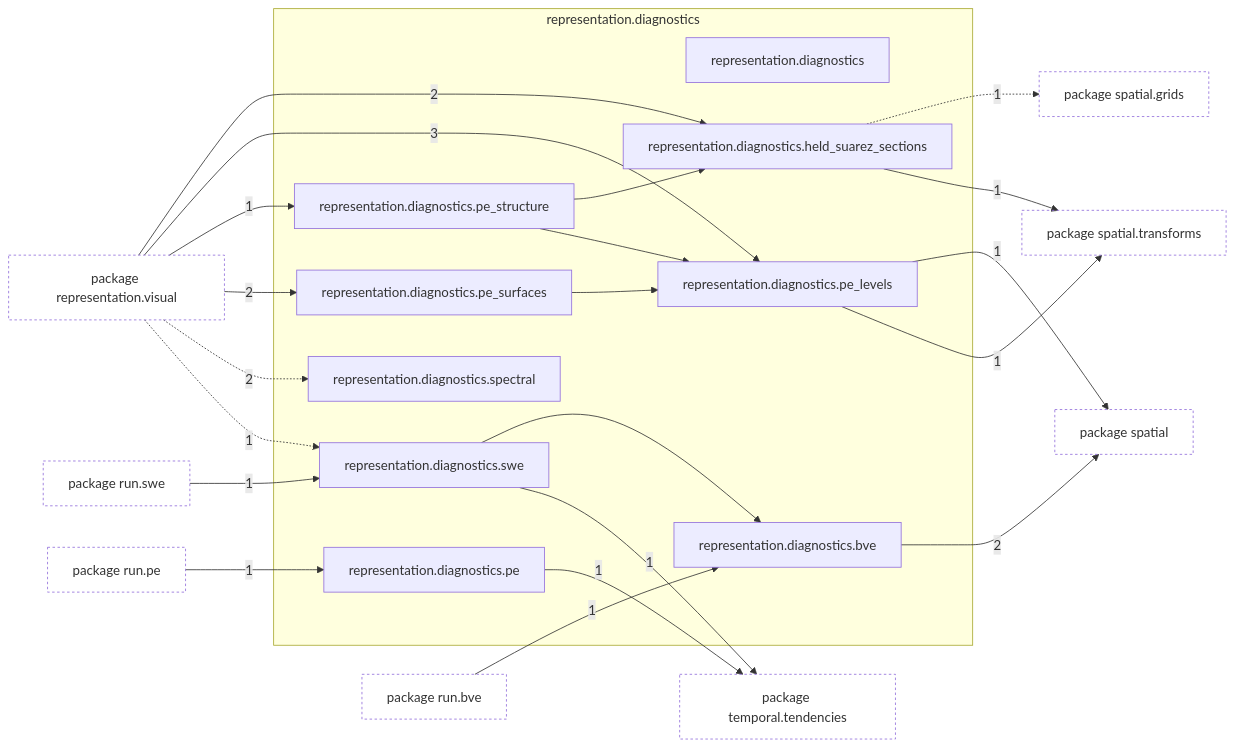
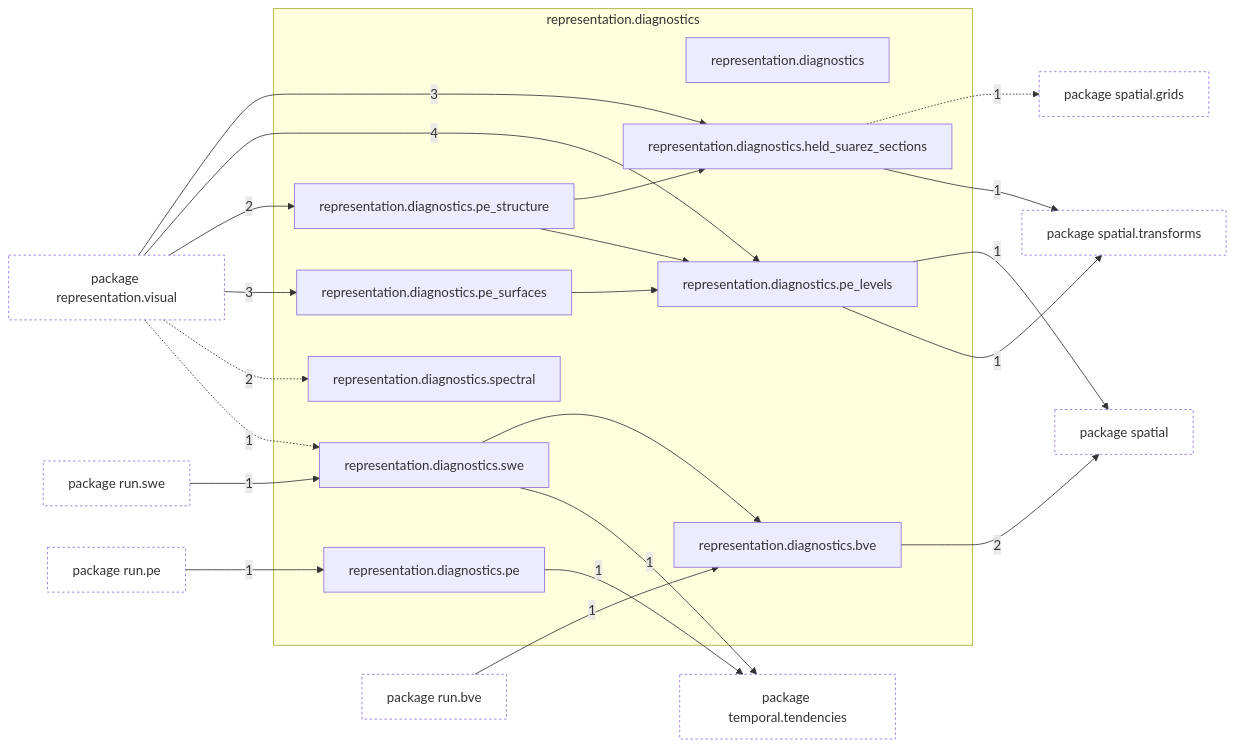
The first of 2 diagrams in docs/architecture/current/packages/tropoi.representation.diagnostics.md (AlexandreEros/Palintropos), drawn with Mermaid before and after one commit. The commit also changed 18 other files, not shown here.

First line of the commit message:
Regenerate the architecture snapshot for the four-coordinate engine

````diff
--- a/docs/architecture/current/packages/tropoi.representation.diagnostics.md
+++ b/docs/architecture/current/packages/tropoi.representation.diagnostics.md
@@ -27,53 +27,53 @@
 ```mermaid
 %% Generated by tools.architecture 2.3.0. Do not edit by hand.
 %% Modules of tropoi.representation.diagnostics with imports in and out
 flowchart LR
     subgraph g_tropoi_orepresentation_odiagnostics["representation.diagnostics"]
         n_tropoi_orepresentation_odiagnostics["representation.diagnostics"]
         n_tropoi_orepresentation_odiagnostics_obve["representation.diagnostics.bve"]
         n_tropoi_orepresentation_odiagnostics_oheld__suarez__sections["representation.diagnostics.held#95;suarez#95;sections"]
         n_tropoi_orepresentation_odiagnostics_ope["representation.diagnostics.pe"]
         n_tropoi_orepresentation_odiagnostics_ope__levels["representation.diagnostics.pe#95;levels"]
         n_tropoi_orepresentation_odiagnostics_ope__structure["representation.diagnostics.pe#95;structure"]
         n_tropoi_orepresentation_odiagnostics_ope__surfaces["representation.diagnostics.pe#95;surfaces"]
         n_tropoi_orepresentation_odiagnostics_ospectral["representation.diagnostics.spectral"]
         n_tropoi_orepresentation_odiagnostics_oswe["representation.diagnostics.swe"]
     end
     p_tropoi_orepresentation_ovisual["package representation.visual"]
     p_tropoi_orun_obve["package run.bve"]
     p_tropoi_orun_ope["package run.pe"]
     p_tropoi_orun_oswe["package run.swe"]
     p_tropoi_ospatial["package spatial"]
     p_tropoi_ospatial_ogrids["package spatial.grids"]
     p_tropoi_ospatial_otransforms["package spatial.transforms"]
     p_tropoi_otemporal_otendencies["package temporal.tendencies"]
     n_tropoi_orepresentation_odiagnostics_ope__structure --> n_tropoi_orepresentation_odiagnostics_oheld__suarez__sections
     n_tropoi_orepresentation_odiagnostics_ope__structure --> n_tropoi_orepresentation_odiagnostics_ope__levels
     n_tropoi_orepresentation_odiagnostics_ope__surfaces --> n_tropoi_orepresentation_odiagnostics_ope__levels
     n_tropoi_orepresentation_odiagnostics_oswe --> n_tropoi_orepresentation_odiagnostics_obve
-    p_tropoi_orepresentation_ovisual -->|2| n_tropoi_orepresentation_odiagnostics_oheld__suarez__sections
-    p_tropoi_orepresentation_ovisual -->|3| n_tropoi_orepresentation_odiagnostics_ope__levels
-    p_tropoi_orepresentation_ovisual -->|1| n_tropoi_orepresentation_odiagnostics_ope__structure
-    p_tropoi_orepresentation_ovisual -->|2| n_tropoi_orepresentation_odiagnostics_ope__surfaces
+    p_tropoi_orepresentation_ovisual -->|3| n_tropoi_orepresentation_odiagnostics_oheld__suarez__sections
+    p_tropoi_orepresentation_ovisual -->|4| n_tropoi_orepresentation_odiagnostics_ope__levels
+    p_tropoi_orepresentation_ovisual -->|2| n_tropoi_orepresentation_odiagnostics_ope__structure
+    p_tropoi_orepresentation_ovisual -->|3| n_tropoi_orepresentation_odiagnostics_ope__surfaces
     p_tropoi_orepresentation_ovisual -.->|2| n_tropoi_orepresentation_odiagnostics_ospectral
     p_tropoi_orepresentation_ovisual -.->|1| n_tropoi_orepresentation_odiagnostics_oswe
     p_tropoi_orun_obve -->|1| n_tropoi_orepresentation_odiagnostics_obve
     p_tropoi_orun_ope -->|1| n_tropoi_orepresentation_odiagnostics_ope
     p_tropoi_orun_oswe -->|1| n_tropoi_orepresentation_odiagnostics_oswe
     n_tropoi_orepresentation_odiagnostics_obve -->|2| p_tropoi_ospatial
     n_tropoi_orepresentation_odiagnostics_oheld__suarez__sections -.->|1| p_tropoi_ospatial_ogrids
     n_tropoi_orepresentation_odiagnostics_oheld__suarez__sections -->|1| p_tropoi_ospatial_otransforms
     n_tropoi_orepresentation_odiagnostics_ope -->|1| p_tropoi_otemporal_otendencies
     n_tropoi_orepresentation_odiagnostics_ope__levels -->|1| p_tropoi_ospatial
     n_tropoi_orepresentation_odiagnostics_ope__levels -->|1| p_tropoi_ospatial_otransforms
     n_tropoi_orepresentation_odiagnostics_oswe -->|1| p_tropoi_otemporal_otendencies
     classDef other fill:none,stroke-dasharray:3 3
     class p_tropoi_orepresentation_ovisual other
     class p_tropoi_orun_obve other
     class p_tropoi_orun_ope other
     class p_tropoi_orun_oswe other
     class p_tropoi_ospatial other
     class p_tropoi_ospatial_ogrids other
     class p_tropoi_ospatial_otransforms other
     class p_tropoi_otemporal_otendencies other
 ```
````
